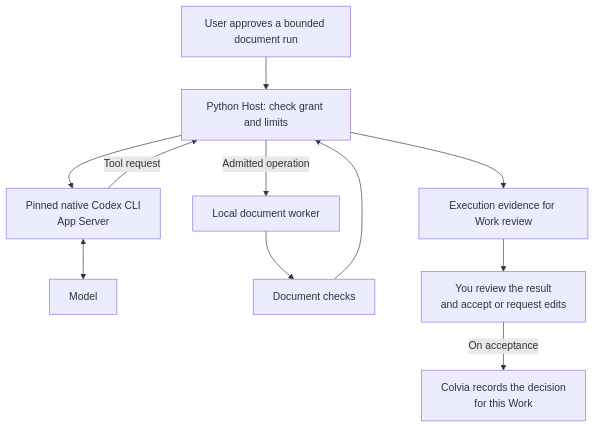
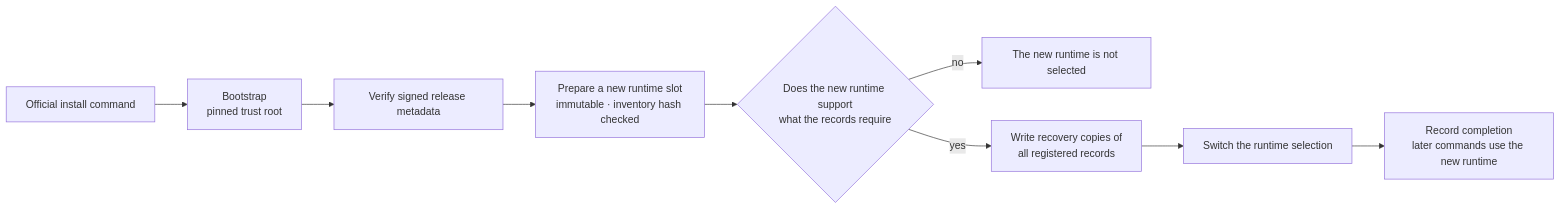
One commit to kyungseo/colvia changed diagram 11 of 13 in manual/en/architecture.md. Above: the diagram before and after it, drawn with Mermaid. The commit also changed other lines of this file and 54 other files, not shown here.

````diff
--- a/manual/en/architecture.md
+++ b/manual/en/architecture.md
@@ -42,13 +446,11 @@
 ```mermaid
-flowchart TD
-    U["User approves a bounded document run"] --> H["Python Host: check grant and limits"]
-    H --> R["Pinned native Codex CLI<br/>App Server"]
-    R -->|Tool request| H
-    H -->|Admitted operation| W["Local document worker"]
-    R <--> M["Model"]
-    W --> K["Document checks"]
-    K --> H
-    H --> E["Execution evidence for Work review"]
-    E --> V["You review the result<br/>and accept or request edits"]
-    V -->|On acceptance| C2["Colvia records the decision<br/>for this Work"]
+flowchart LR
+    Script["Official install command"] --> Boot["Bootstrap<br/>pinned trust root"]
+    Boot --> Verify["Verify signed release metadata"]
+    Verify --> Slot["Prepare a new runtime slot<br/>immutable · inventory hash checked"]
+    Slot --> Check{"Does the new runtime support<br/>what the records require"}
+    Check -->|no| Stop["The new runtime is not selected"]
+    Check -->|yes| Backup["Write recovery copies of<br/>all registered records"]
+    Backup --> Select["Switch the runtime selection"]
+    Select --> Done["Record completion<br/>later commands use the new runtime"]
 ```
````
